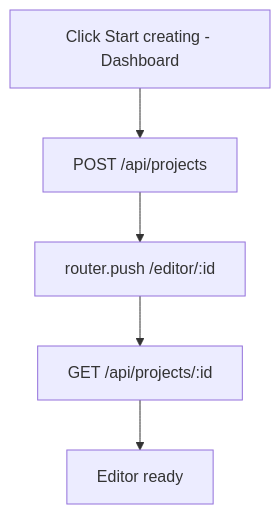
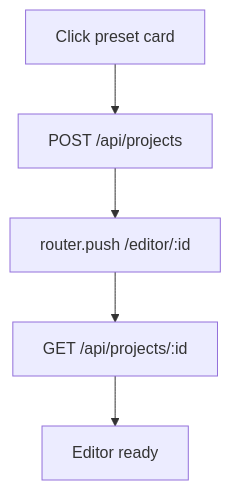
The third of 4 diagrams in docs/foundamental.md (kevinsslin/pigcasso-canva), drawn with Mermaid before and after one commit. The commit also changed other lines of this file and 5 other files, not shown here.

````diff
--- a/docs/foundamental.md
+++ b/docs/foundamental.md
@@ -141,7 +164,7 @@
 ```mermaid
 flowchart TD
-  Click["Click Start creating - Dashboard"] --> Create["POST /api/projects"]
-  Create --> Push["router.push /editor/:id"]
-  Push --> Load["GET /api/projects/:id"]
-  Load --> Ready["Editor ready"]
+  A[Click preset card] --> B[POST /api/projects]
+  B --> C[router.push /editor/:id]
+  C --> D[GET /api/projects/:id]
+  D --> E[Editor ready]
 ```
````
